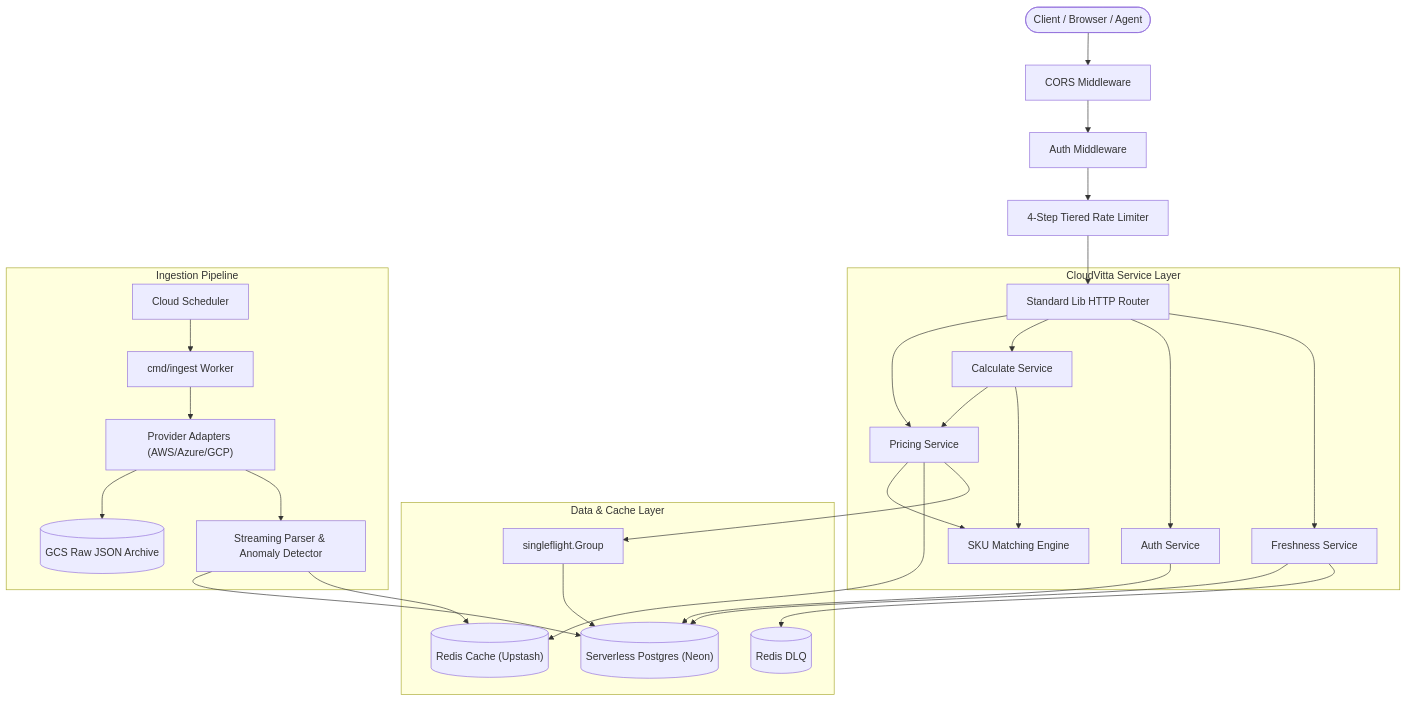
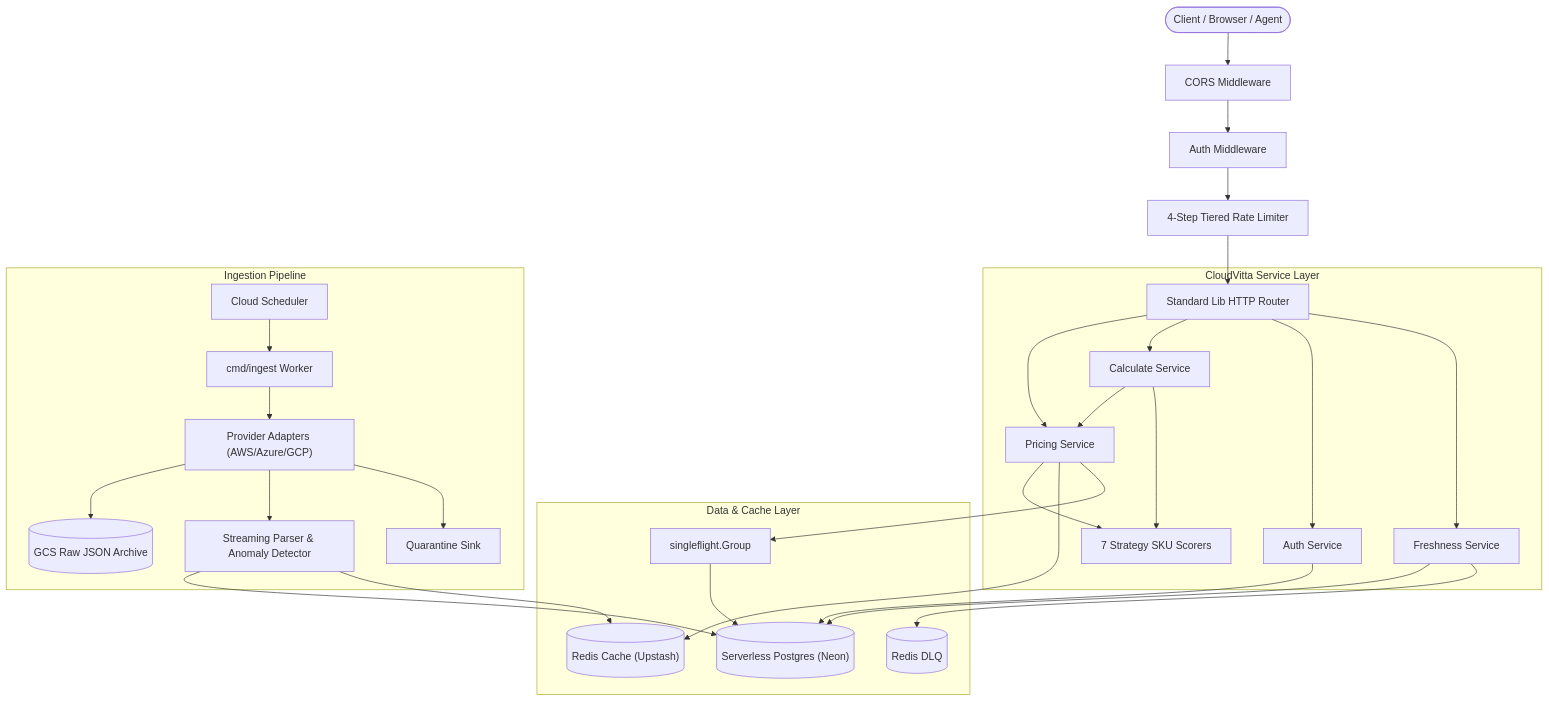
The diagram in README.md (thatengineerguy21/cloudvitta), drawn with Mermaid before and after one commit. The commit also changed other lines of this file and 11 other files, not shown here.

First line of the commit message:
docs(adr): document stage 3 architecture decisions, contract parity, and exit gate

````diff
--- a/README.md
+++ b/README.md
@@ -19,36 +24,37 @@
 ```mermaid
 flowchart TD
     Client(["Client / Browser / Agent"]) --> CORS["CORS Middleware"]
     CORS --> AuthMW["Auth Middleware"]
     AuthMW --> RateLimiter["4-Step Tiered Rate Limiter"]
     RateLimiter --> Router["Standard Lib HTTP Router"]
     
     subgraph CoreService["CloudVitta Service Layer"]
         Router --> PricingSvc["Pricing Service"]
         Router --> CalcSvc["Calculate Service"]
         Router --> AuthSvc["Auth Service"]
         Router --> FreshSvc["Freshness Service"]
         
-        PricingSvc --> Matching["SKU Matching Engine"]
+        PricingSvc --> Matching["7 Strategy SKU Scorers"]
         CalcSvc --> PricingSvc
         CalcSvc --> Matching
     end
     
     subgraph DataCache["Data & Cache Layer"]
         PricingSvc --> Cache[("Redis Cache (Upstash)")]
         PricingSvc --> Singleflight["singleflight.Group"]
         Singleflight --> Postgres[("Serverless Postgres (Neon)")]
         AuthSvc --> Postgres
         FreshSvc --> Postgres
         FreshSvc --> DLQ[("Redis DLQ")]
     end
     
     subgraph IngestionPipeline["Ingestion Pipeline"]
         Scheduler["Cloud Scheduler"] --> IngestJob["cmd/ingest Worker"]
         IngestJob --> Adapters["Provider Adapters (AWS/Azure/GCP)"]
         Adapters --> GCS[("GCS Raw JSON Archive")]
         Adapters --> Normalizer["Streaming Parser & Anomaly Detector"]
+        Adapters --> QSink["Quarantine Sink"]
         Normalizer --> Postgres
         Normalizer --> Cache
     end
 ```
````
